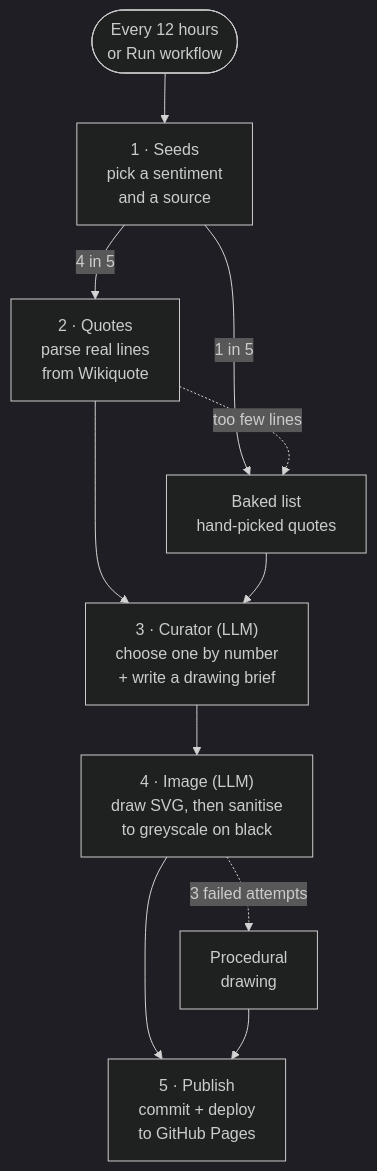
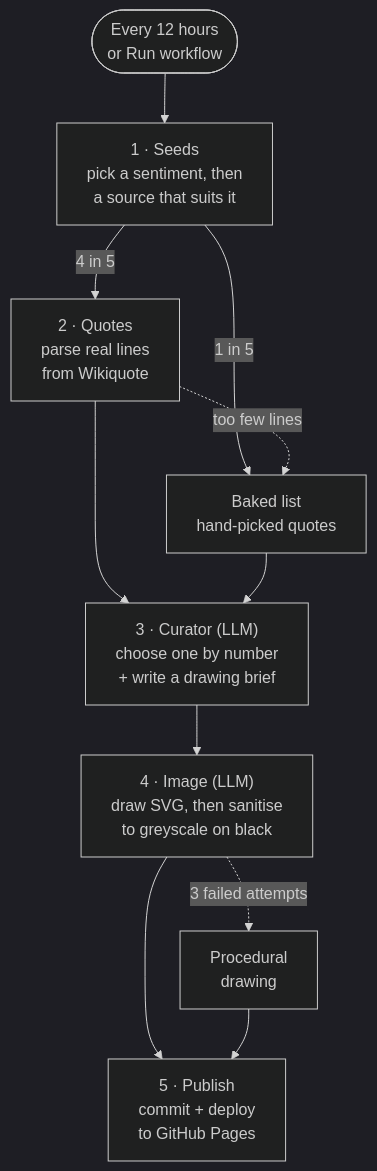
The diagram in README.md (alizaliz/pithy), drawn with Mermaid (dark theme) before and after one commit. The commit also changed other lines of this file and 3 other files, not shown here.

````diff
--- a/README.md
+++ b/README.md
@@ -14,13 +14,13 @@
 ```mermaid
 flowchart TD
-  T(["Every 12 hours<br/>or Run workflow"]) --> S["1 · Seeds<br/>pick a sentiment<br/>and a source"]
+  T(["Every 12 hours<br/>or Run workflow"]) --> S["1 · Seeds<br/>pick a sentiment, then<br/>a source that suits it"]
   S -->|"4 in 5"| Q["2 · Quotes<br/>parse real lines<br/>from Wikiquote"]
   S -->|"1 in 5"| B["Baked list<br/>hand-picked quotes"]
   Q -.->|"too few lines"| B
   Q --> C["3 · Curator (LLM)<br/>choose one by number<br/>+ write a drawing brief"]
   B --> C
   C --> I["4 · Image (LLM)<br/>draw SVG, then sanitise<br/>to greyscale on black"]
   I -.->|"3 failed attempts"| F["Procedural<br/>drawing"]
   I --> P["5 · Publish<br/>commit + deploy<br/>to GitHub Pages"]
   F --> P
 ```
````
